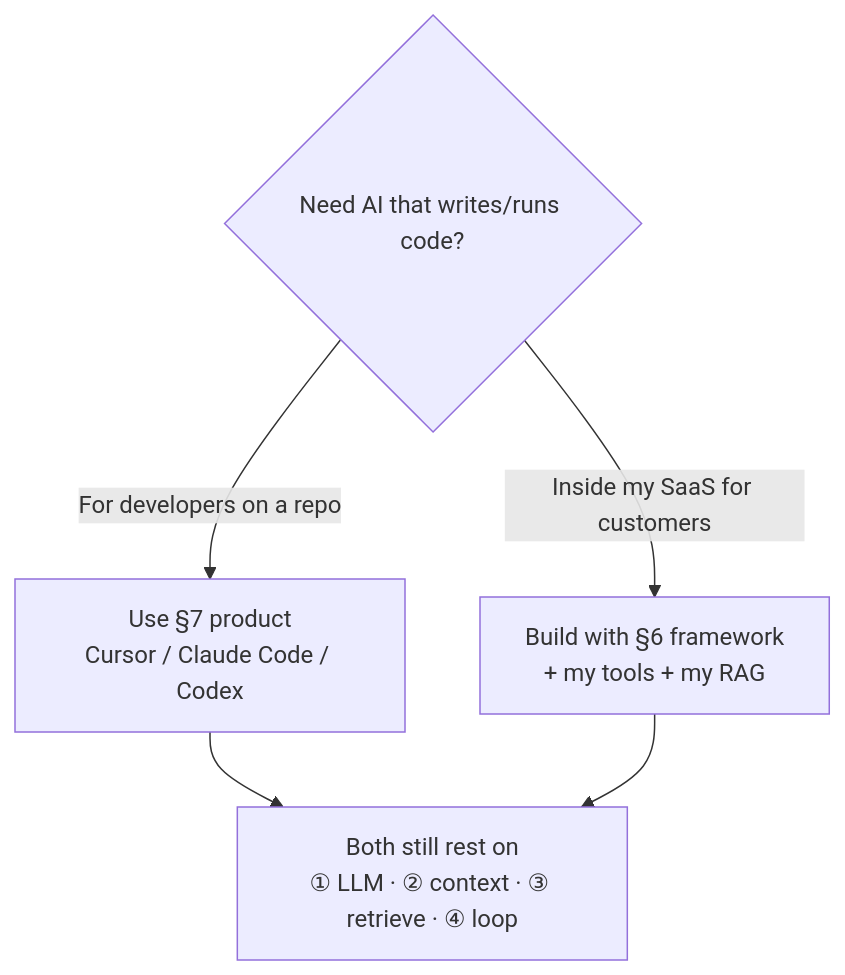
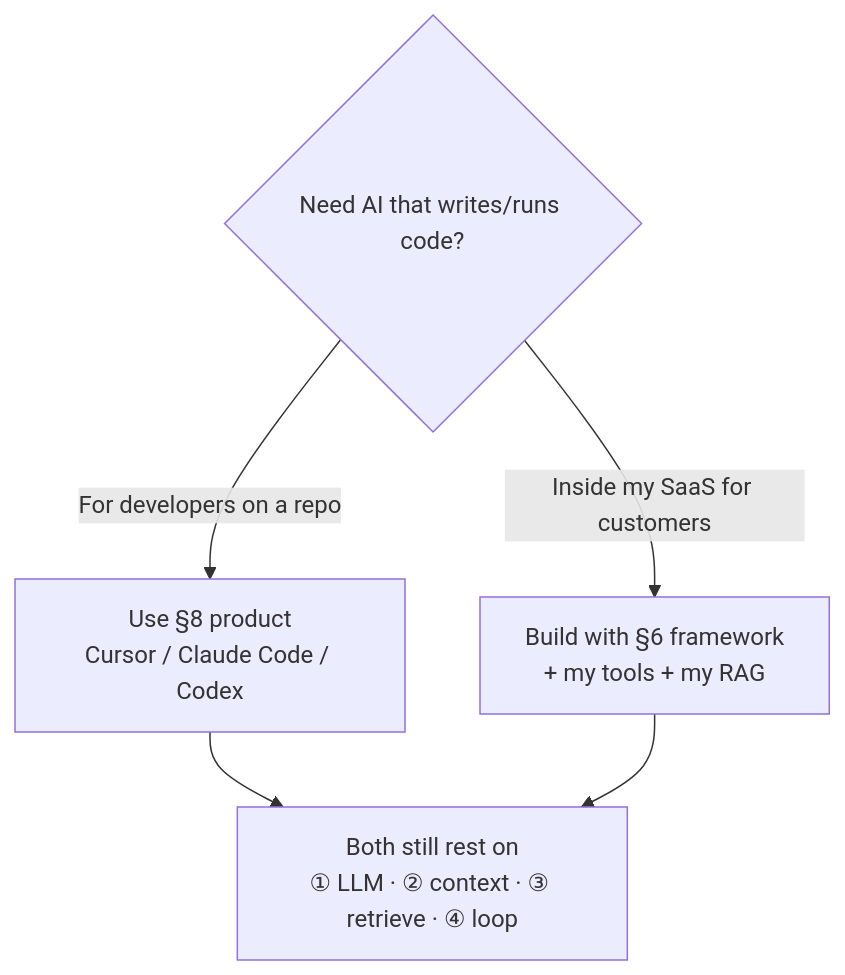
One commit to cshbli/ML-CV-AI changed diagram 19 of 19 in LLM/llm.md. Above: the diagram before and after it, drawn with Mermaid. The commit also changed other lines of this file, not shown here.

````diff
--- a/LLM/llm.md
+++ b/LLM/llm.md
@@ -504,8 +596,8 @@
 ```mermaid
 flowchart TD
     Need{"Need AI that writes/runs code?"}
-    Need -->|For developers on a repo| P["Use §7 product<br/>Cursor / Claude Code / Codex"]
+    Need -->|For developers on a repo| P["Use §8 product<br/>Cursor / Claude Code / Codex"]
     Need -->|Inside my SaaS for customers| F["Build with §6 framework<br/>+ my tools + my RAG"]
     P --> Both["Both still rest on<br/>① LLM · ② context · ③ retrieve · ④ loop"]
     F --> Both
 ```
````
